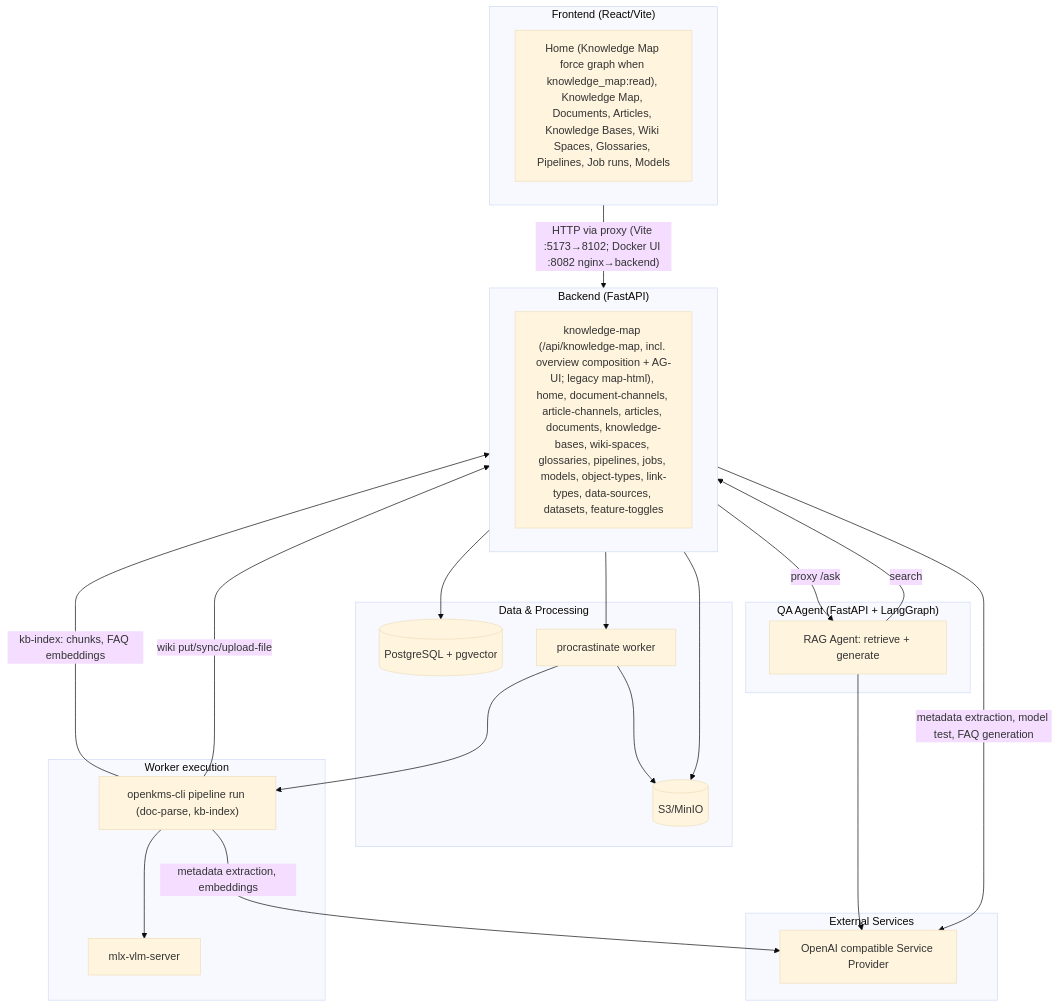
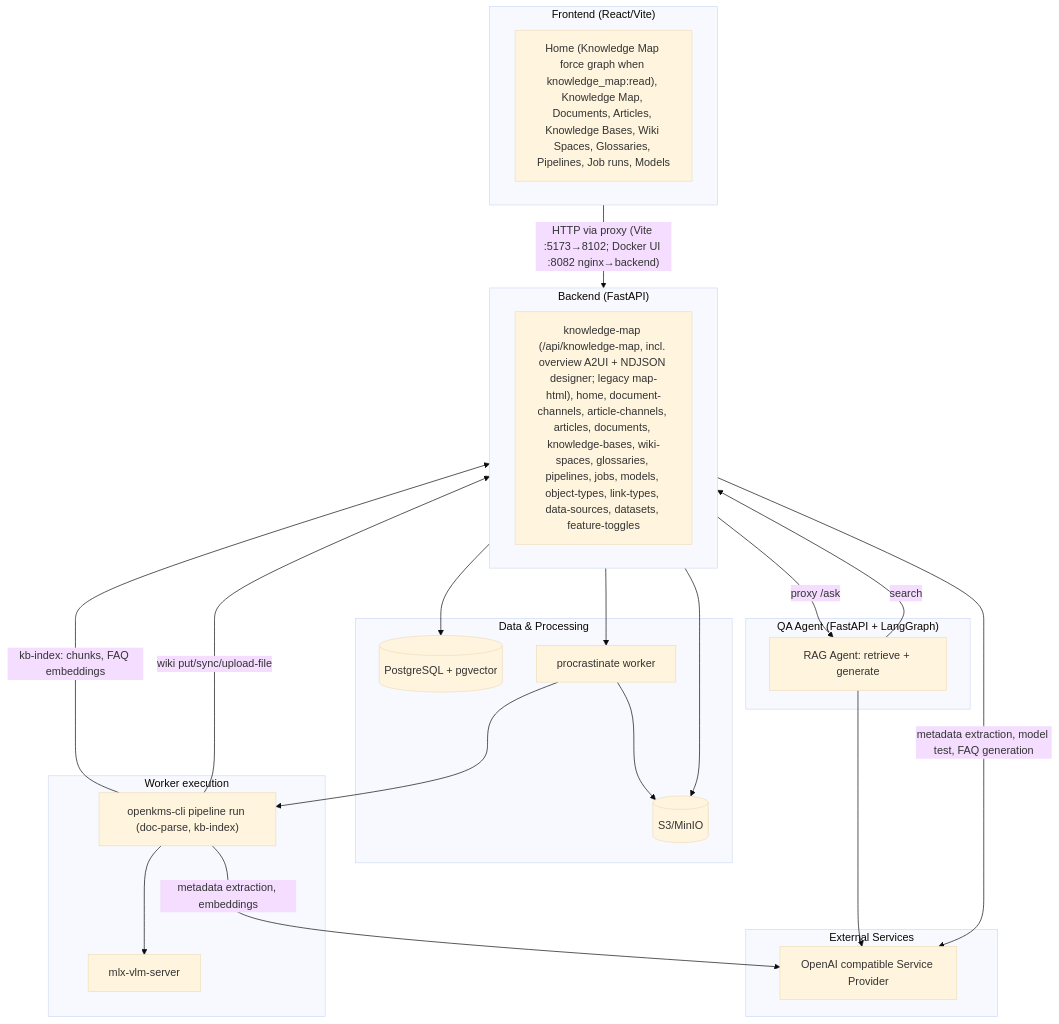
One commit to yingrui/openKMS changed the first of 5 diagrams in docs/architecture.md. Above: the diagram before and after it, drawn with Mermaid (base theme). The commit also changed 20 other files, not shown here.

First line of the commit message:
Add Knowledge Map Overview with A2UI canvas and NDJSON designer.

````diff
--- a/docs/architecture.md
+++ b/docs/architecture.md
@@ -7,44 +7,44 @@
 ```mermaid
 flowchart TB
   subgraph Frontend["Frontend (React/Vite)"]
     FE["Home (Knowledge Map force graph when knowledge_map:read), Knowledge Map, Documents, Articles, Knowledge Bases, Wiki Spaces, Glossaries, Pipelines, Job runs, Models"]
   end
 
   subgraph Backend["Backend (FastAPI)"]
-    API["knowledge-map (/api/knowledge-map, incl. overview composition + AG-UI; legacy map-html), home, document-channels, article-channels, articles, documents, knowledge-bases, wiki-spaces, glossaries, pipelines, jobs, models, object-types, link-types, data-sources, datasets, feature-toggles"]
+    API["knowledge-map (/api/knowledge-map, incl. overview A2UI + NDJSON designer; legacy map-html), home, document-channels, article-channels, articles, documents, knowledge-bases, wiki-spaces, glossaries, pipelines, jobs, models, object-types, link-types, data-sources, datasets, feature-toggles"]
   end
 
   subgraph Storage["Data & Processing"]
     PG[("PostgreSQL + pgvector")]
     S3[(S3/MinIO)]
     Worker["procrastinate worker"]
   end
 
   subgraph WorkerDetail["Worker execution"]
     CLI["openkms-cli pipeline run (doc-parse, kb-index)"]
     VLM["mlx-vlm-server"]
   end
 
   subgraph QAAgent["QA Agent (FastAPI + LangGraph)"]
     Agent["RAG Agent: retrieve + generate"]
   end
 
   subgraph External["External Services"]
     LLM["OpenAI compatible Service Provider"]
   end
 
   Frontend -->|"HTTP via proxy (Vite :5173→8102; Docker UI :8082 nginx→backend)"| Backend
   Backend --> PG
   Backend --> S3
   Backend --> Worker
   Backend -->|metadata extraction, model test, FAQ generation| LLM
   Backend -->|proxy /ask| Agent
   Agent -->|search| Backend
   Agent --> LLM
   Worker --> S3
   Worker --> CLI
   CLI --> VLM
   CLI -->|metadata extraction, embeddings| LLM
   CLI -->|kb-index: chunks, FAQ embeddings| Backend
   CLI -->|wiki put/sync/upload-file| Backend
 ```
````
